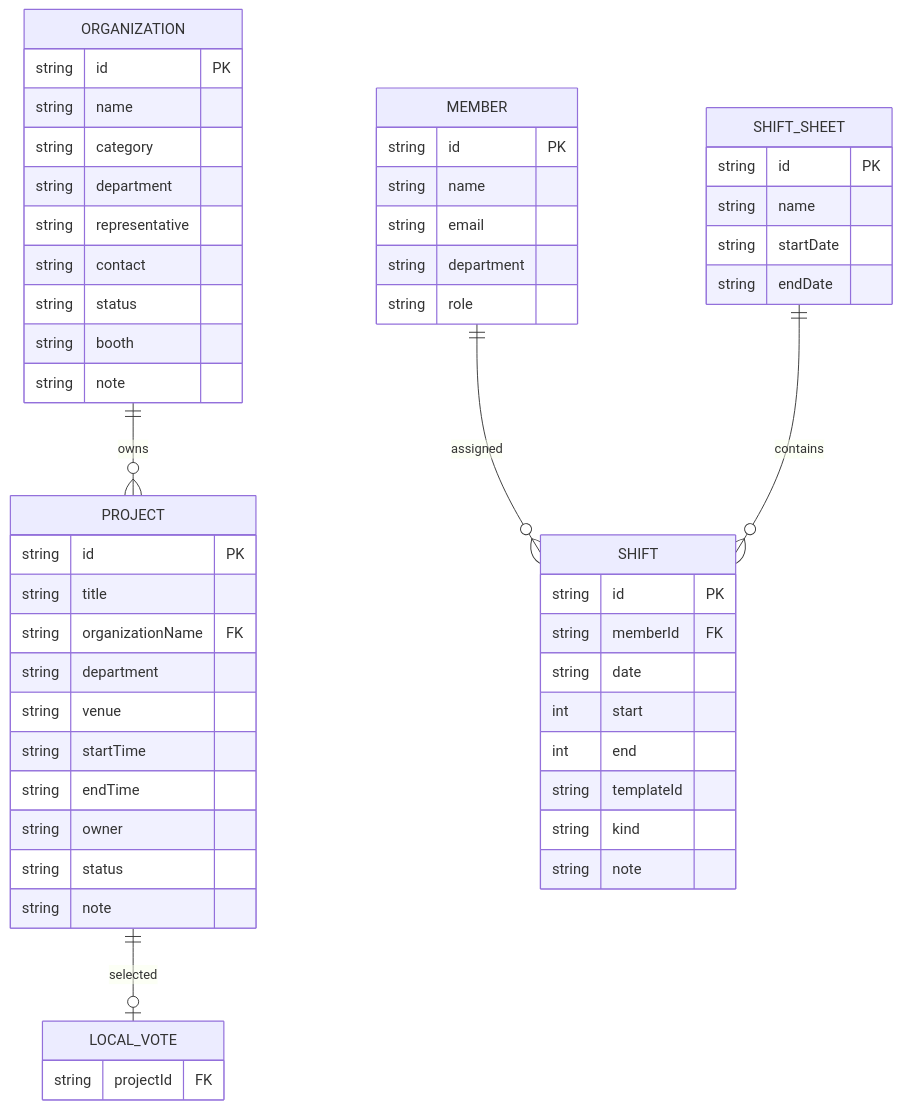
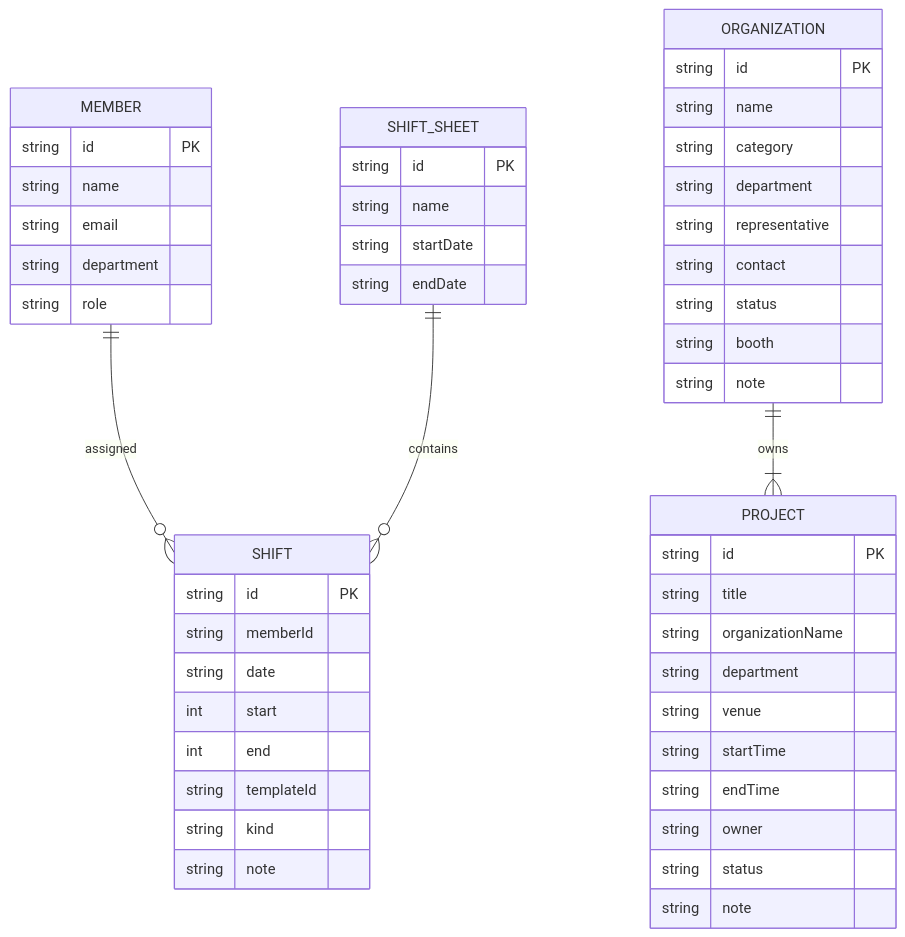
Before and after one commit to kokutowarabi/event-ops: the second of 2 diagrams in docs/er.md, drawn with Mermaid. The commit also changed other lines of this file and 24 other files, not shown here.

````diff
--- a/docs/er.md
+++ b/docs/er.md
@@ -3,62 +29,57 @@
 ```mermaid
 erDiagram
+  MEMBER ||--o{ SHIFT : assigned
+  ORGANIZATION ||--|{ PROJECT : owns
+  SHIFT_SHEET ||--o{ SHIFT : contains
+
   MEMBER {
     string id PK
     string name
     string email
     string department
     string role
   }
 
   ORGANIZATION {
     string id PK
     string name
     string category
     string department
     string representative
     string contact
     string status
     string booth
     string note
   }
 
   PROJECT {
     string id PK
     string title
-    string organizationName FK
+    string organizationName
     string department
     string venue
     string startTime
     string endTime
     string owner
     string status
     string note
   }
 
   SHIFT_SHEET {
     string id PK
     string name
     string startDate
     string endDate
   }
 
   SHIFT {
     string id PK
-    string memberId FK
+    string memberId
     string date
     int start
     int end
     string templateId
     string kind
     string note
   }
-
-  LOCAL_VOTE {
-    string projectId FK
-  }
-
-  ORGANIZATION ||--o{ PROJECT : owns
-  MEMBER ||--o{ SHIFT : assigned
-  SHIFT_SHEET ||--o{ SHIFT : contains
-  PROJECT ||--o| LOCAL_VOTE : selected
 ```
````
